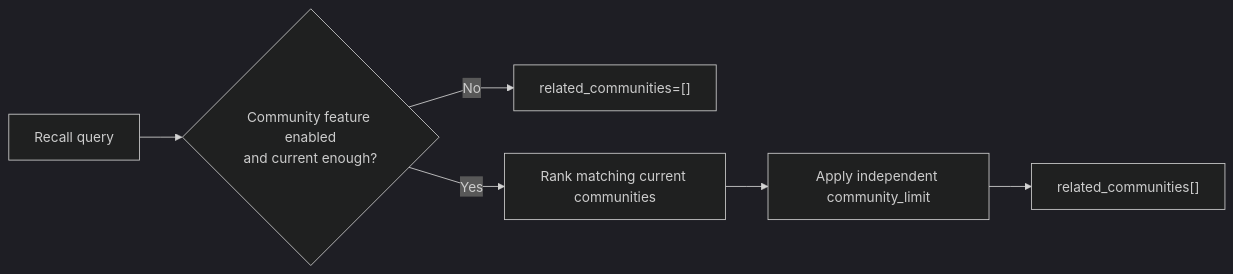
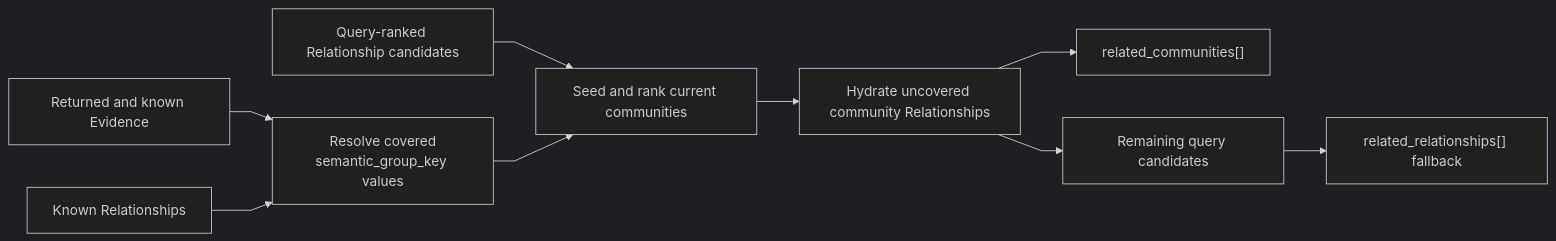
One commit to markhuangai/dense-mem changed the third of 4 diagrams in Community-And-Dreaming.md. Above: the diagram before and after it, drawn with Mermaid (dark theme). The commit also changed other lines of this file and 10 other files, not shown here.

````diff
--- a/Community-And-Dreaming.md
+++ b/Community-And-Dreaming.md
@@ -141,9 +185,12 @@
 ```mermaid
 %%{init: {"flowchart": {"curve": "linear"}}}%%
 flowchart LR
-  Query["Recall query"] --> Enabled{"Community feature enabled<br/>and current enough?"}
-  Enabled -- No --> Empty["related_communities=[]"]
-  Enabled -- Yes --> Rank["Rank matching current communities"]
-  Rank --> Limit["Apply independent community_limit"]
-  Limit --> Return["related_communities[]"]
+  Evidence["Returned and known Evidence"] --> Covered["Resolve covered<br/>semantic_group_key values"]
+  Known["Known Relationships"] --> Covered
+  Candidates["Query-ranked Relationship candidates"] --> Select["Seed and rank current communities"]
+  Covered --> Select
+  Select --> Novel["Hydrate uncovered community Relationships"]
+  Novel --> Communities["related_communities[]"]
+  Novel --> Remaining["Remaining query candidates"]
+  Remaining --> Fallback["related_relationships[] fallback"]
 ```
````
